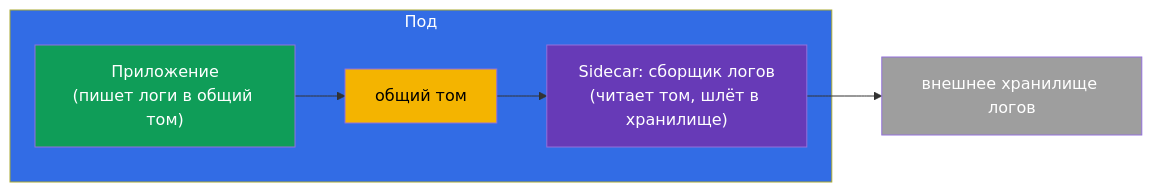
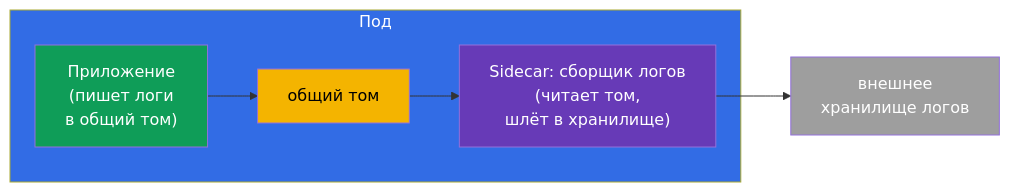
The third of 6 diagrams in tasks/cka/course/22/ru.md (ViktorUJ/cks), drawn with Mermaid before and after one commit. The commit also changed other lines of this file, not shown here.

````diff
--- a/tasks/cka/course/22/ru.md
+++ b/tasks/cka/course/22/ru.md
@@ -80,15 +80,15 @@
 ```mermaid
 flowchart LR
     subgraph Pod["Под"]
-        app["Приложение<br>(пишет логи в общий том)"]
-        sc["Sidecar: сборщик логов<br>(читает том, шлёт в хранилище)"]
+        app["Приложение<br>(пишет логи<br>в общий том)"]
+        sc["Sidecar: сборщик логов<br>(читает том,<br>шлёт в хранилище)"]
         vol["общий том"]
         app --> vol --> sc
     end
-    sc --> ext["внешнее хранилище логов"]
+    sc --> ext["внешнее<br>хранилище логов"]
     style Pod fill:#326ce5,color:#fff
     style app fill:#0f9d58,color:#fff
     style sc fill:#673ab7,color:#fff
     style vol fill:#f4b400,color:#000
     style ext fill:#9e9e9e,color:#fff
 ```
````
